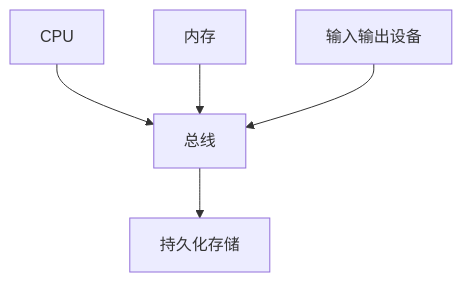
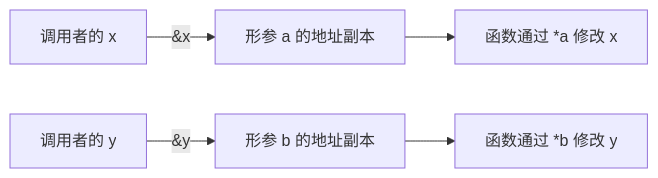
One commit to shanchuann/TheGitbookLibrary changed the third of 6 diagrams in C语言圣经/pointers.md. Above: the diagram before and after it, drawn with Mermaid. The commit also changed other lines of this file, not shown here.

````diff
--- a/C语言圣经/pointers.md
+++ b/C语言圣经/pointers.md
@@ -21,7 +182,7 @@
-```mermaid
-flowchart TD
-    CPU[CPU] --> BUS[总线]
-    RAM[内存] --> BUS
-    IO[输入输出设备] --> BUS
-    BUS --> STORAGE[持久化存储]
-```
+~~~mermaid
+flowchart LR
+    A[调用者的 x] -->|&x| B[形参 a 的地址副本]
+    C[调用者的 y] -->|&y| D[形参 b 的地址副本]
+    B --> E[函数通过 *a 修改 x]
+    D --> F[函数通过 *b 修改 y]
+~~~
````
